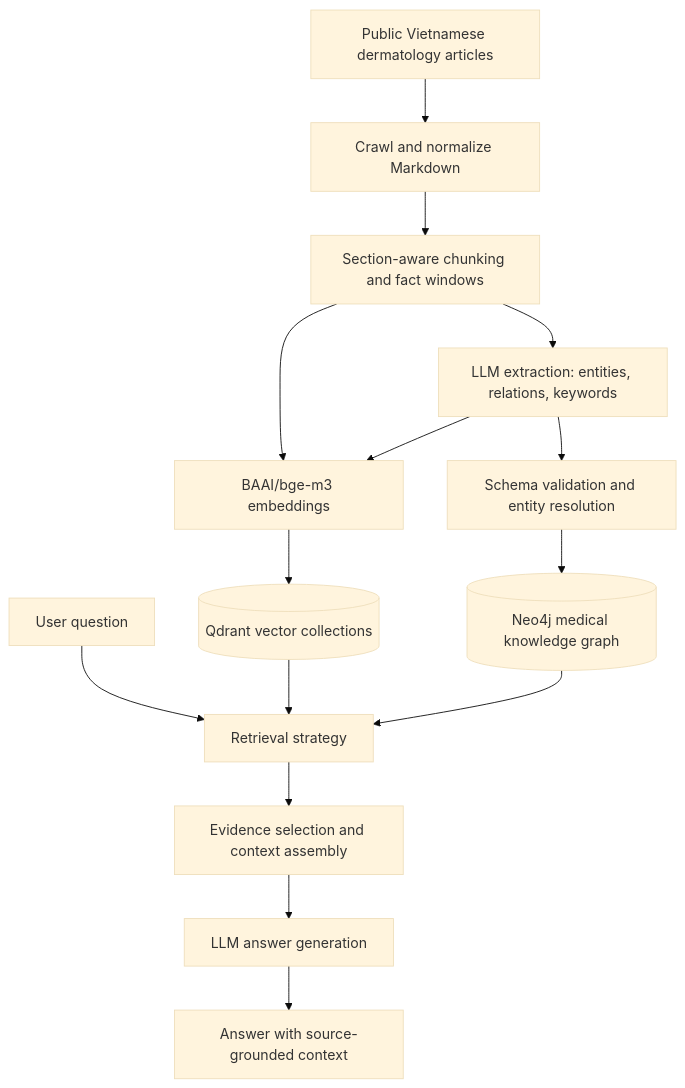
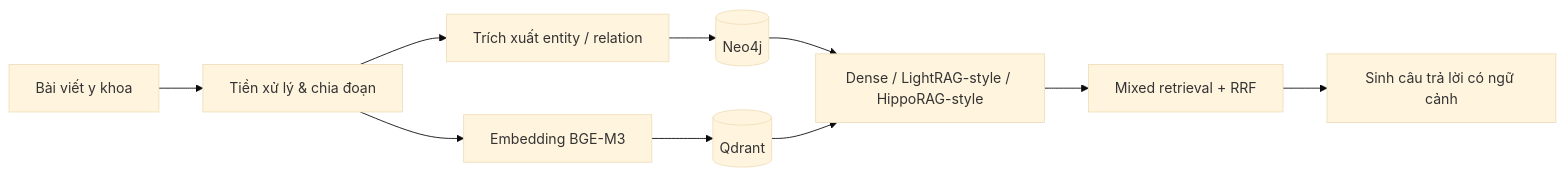
Before and after one commit to Tutututu123ggg/my_thesis: the diagram in README.md, drawn with Mermaid (base theme). The commit also changed other lines of this file, not shown here.

````diff
--- a/README.md
+++ b/README.md
@@ -14,18 +4,12 @@
 ```mermaid
-flowchart TD
-    A[Public Vietnamese dermatology articles] --> B[Crawl and normalize Markdown]
-    B --> C[Section-aware chunking and fact windows]
-    C --> D[LLM extraction: entities, relations, keywords]
-    D --> E[Schema validation and entity resolution]
-    E --> F[(Neo4j medical knowledge graph)]
-    C --> G[BAAI/bge-m3 embeddings]
-    D --> G
-    G --> H[(Qdrant vector collections)]
-
-    Q[User question] --> R[Retrieval strategy]
-    H --> R
-    F --> R
-    R --> S[Evidence selection and context assembly]
-    S --> T[LLM answer generation]
-    T --> U[Answer with source-grounded context]
+flowchart LR
+    A[Bài viết y khoa] --> B[Tiền xử lý & chia đoạn]
+    B --> C[Trích xuất entity / relation]
+    B --> D[Embedding BGE-M3]
+    C --> E[(Neo4j)]
+    D --> F[(Qdrant)]
+    E --> G[Dense / LightRAG-style / HippoRAG-style]
+    F --> G
+    G --> H[Mixed retrieval + RRF]
+    H --> I[Sinh câu trả lời có ngữ cảnh]
 ```
````
